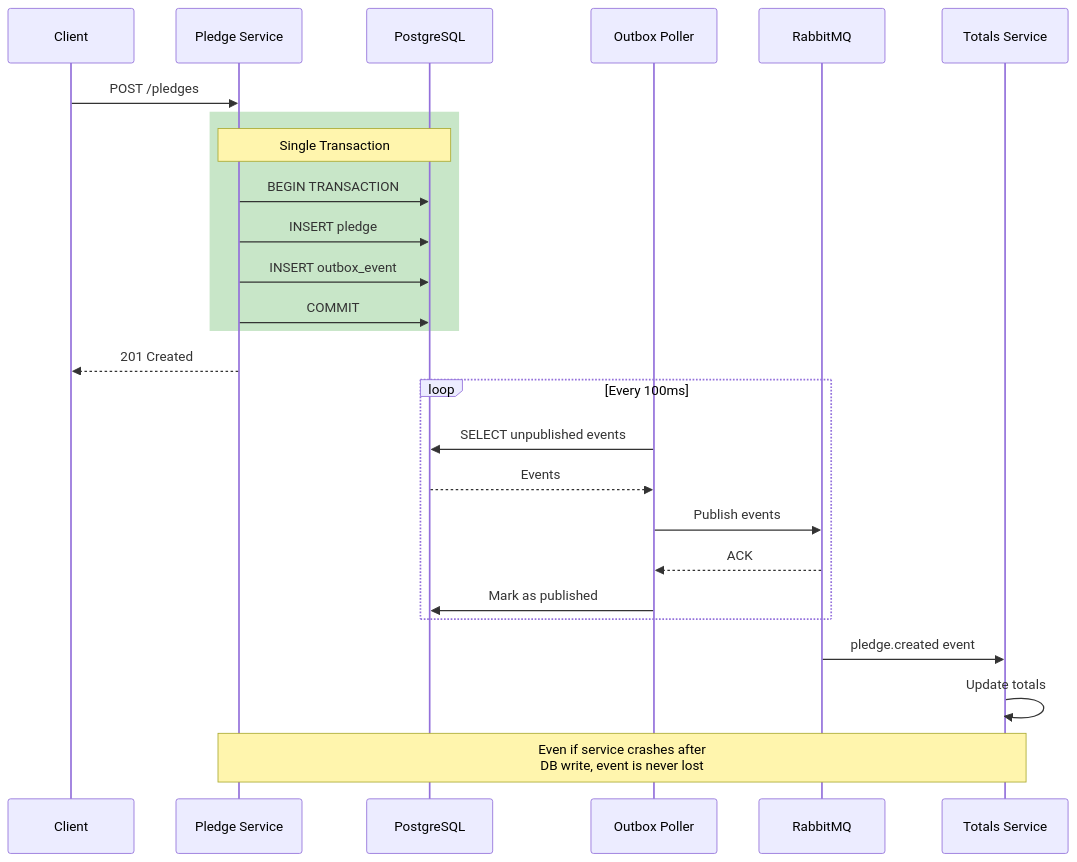
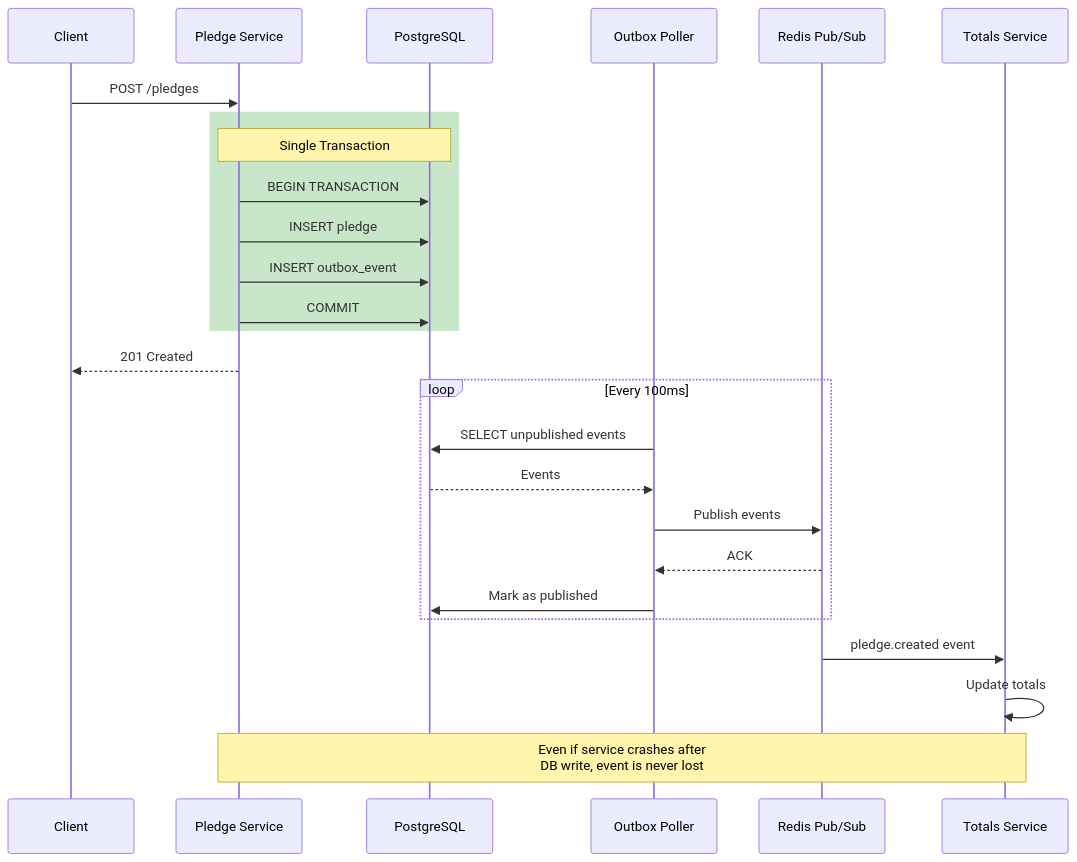
One commit to SM-Shaan/API_Hackathon_Innovatrix changed the third of 11 diagrams in docs/ARCHITECTURE_DIAGRAMS.md. Above: the diagram before and after it, drawn with Mermaid. The commit also changed other lines of this file and 5 other files, not shown here.

First line of the commit message:
docs: add comprehensive architecture diagrams to README

````diff
--- a/docs/ARCHITECTURE_DIAGRAMS.md
+++ b/docs/ARCHITECTURE_DIAGRAMS.md
@@ -92,34 +92,34 @@
 ```mermaid
 sequenceDiagram
     participant C as Client
     participant PS as Pledge Service
     participant DB as PostgreSQL
     participant OP as Outbox Poller
-    participant MQ as RabbitMQ
+    participant MQ as Redis Pub/Sub
     participant TS as Totals Service
 
     C->>PS: POST /pledges
 
     rect rgb(200, 230, 200)
         Note over PS,DB: Single Transaction
         PS->>DB: BEGIN TRANSACTION
         PS->>DB: INSERT pledge
         PS->>DB: INSERT outbox_event
         PS->>DB: COMMIT
     end
 
     PS-->>C: 201 Created
 
     loop Every 100ms
         OP->>DB: SELECT unpublished events
         DB-->>OP: Events
         OP->>MQ: Publish events
         MQ-->>OP: ACK
         OP->>DB: Mark as published
     end
 
     MQ->>TS: pledge.created event
     TS->>TS: Update totals
 
     Note over PS,TS: Even if service crashes after<br/>DB write, event is never lost
 ```
````
